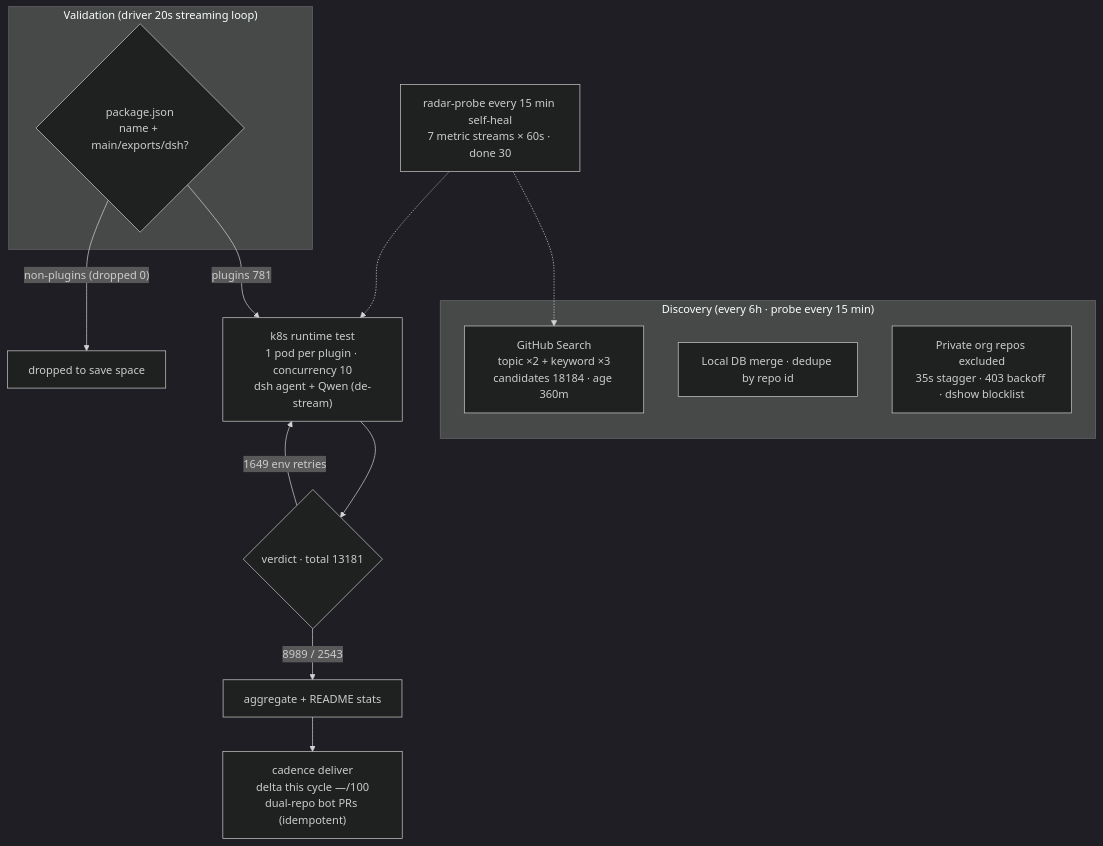
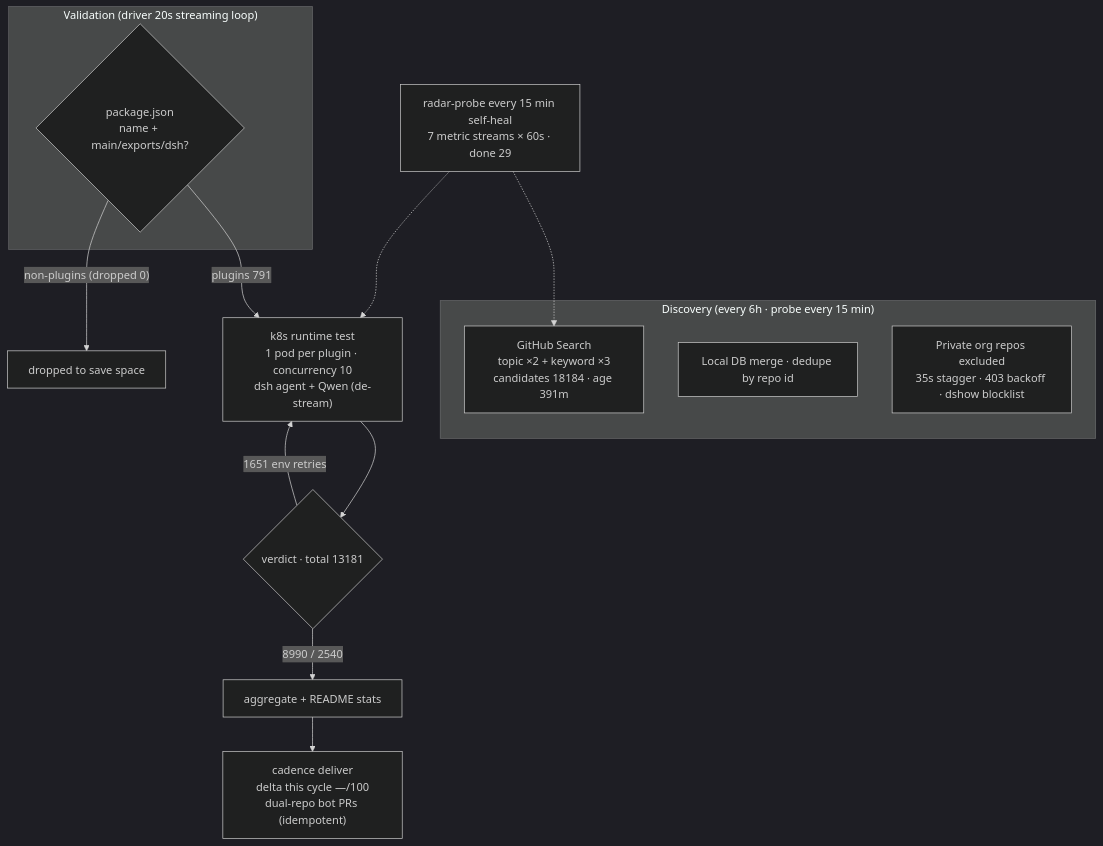
One commit to AdamPlatin123/awesome-dsh-plugins changed the diagram in README.en-US.md. Above: the diagram before and after it, drawn with Mermaid (dark theme). The commit also changed other lines of this file and 5 other files, not shown here.

````diff
--- a/README.en-US.md
+++ b/README.en-US.md
@@ -45,20 +45,20 @@
 ```mermaid
 flowchart TB
     subgraph Discovery["Discovery (every 6h · probe every 15 min)"]
-        A1["GitHub Search<br/>topic ×2 + keyword ×3<br/>candidates 18184 · age 360m"]
+        A1["GitHub Search<br/>topic ×2 + keyword ×3<br/>candidates 18184 · age 391m"]
         A2["Local DB merge · dedupe by repo id"]
         A3["Private org repos excluded<br/>35s stagger · 403 backoff · dshow blocklist"]
     end
     subgraph Validation["Validation (driver 20s streaming loop)"]
         B1{"package.json<br/>name + main/exports/dsh?"}
     end
-    B1 -->|"plugins 781"| C1["k8s runtime test<br/>1 pod per plugin · concurrency 10<br/>dsh agent + Qwen (de-stream)"]
+    B1 -->|"plugins 791"| C1["k8s runtime test<br/>1 pod per plugin · concurrency 10<br/>dsh agent + Qwen (de-stream)"]
     B1 -->|"non-plugins (dropped 0)"| B3["dropped to save space"]
     C1 --> D1{"verdict · total 13181"}
-    D1 -->|"8989 / 2543"| E1["aggregate + README stats"]
-    D1 -->|"1649 env retries"| C1
+    D1 -->|"8990 / 2540"| E1["aggregate + README stats"]
+    D1 -->|"1651 env retries"| C1
     E1 --> E2["cadence deliver<br/>delta this cycle —/100<br/>dual-repo bot PRs (idempotent)"]
-    M["radar-probe every 15 min self-heal<br/>7 metric streams × 60s · done 30"]
+    M["radar-probe every 15 min self-heal<br/>7 metric streams × 60s · done 29"]
     M -.-> A1
     M -.-> C1
 ```
````
